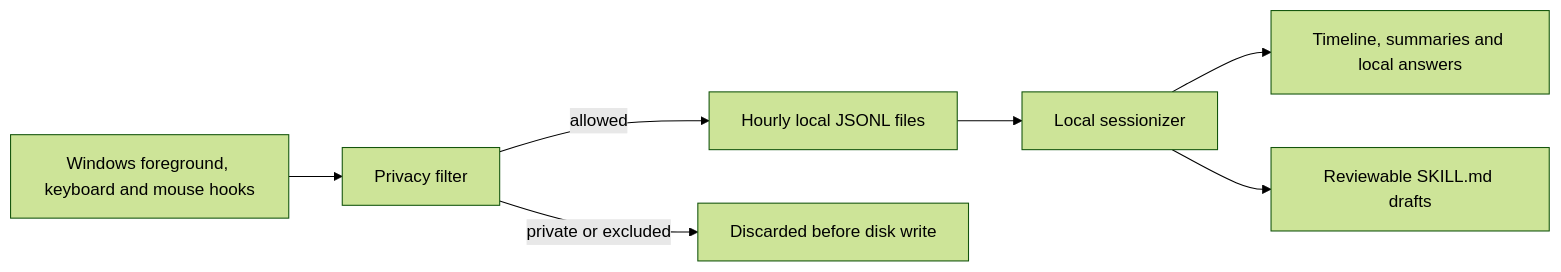
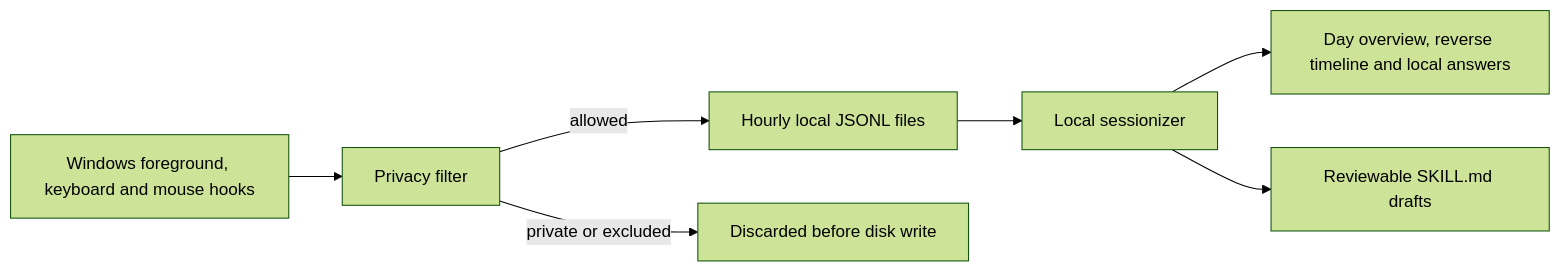
Before and after one commit to CaspianG/daytrace: the diagram in README.md, drawn with Mermaid (forest theme). The commit also changed other lines of this file and 21 other files, not shown here.

Commit message:
Release Daytrace 0.2.0 day overview and localized docs

````diff
--- a/README.md
+++ b/README.md
@@ -98,9 +100,9 @@
 ```mermaid
 flowchart LR
     A["Windows foreground, keyboard and mouse hooks"] --> B["Privacy filter"]
     B -->|"allowed"| C["Hourly local JSONL files"]
     B -->|"private or excluded"| X["Discarded before disk write"]
     C --> D["Local sessionizer"]
-    D --> E["Timeline, summaries and local answers"]
+    D --> E["Day overview, reverse timeline and local answers"]
     D --> F["Reviewable SKILL.md drafts"]
 ```
````
